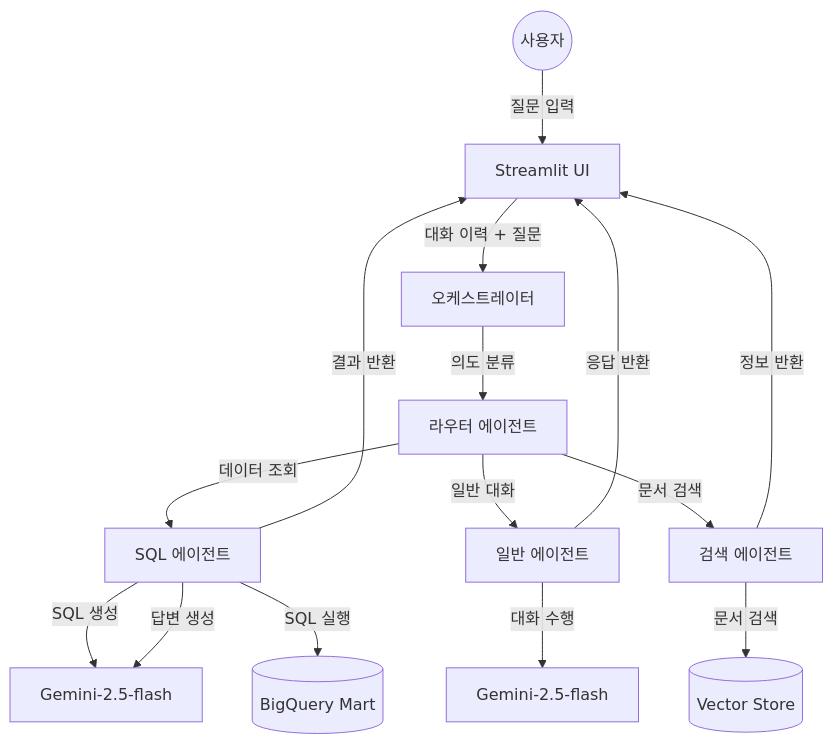
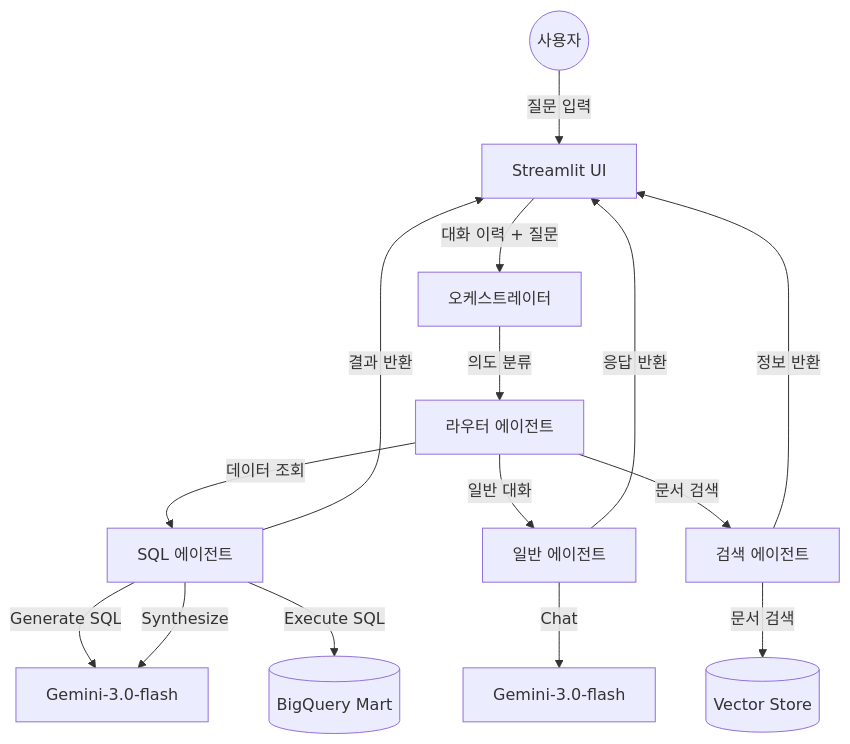
The diagram in SYSTEM_SPEC.md (jace-jungsoohan/ds_intelligent_assistant), drawn with Mermaid before and after one commit. The commit also changed other lines of this file and 6 other files, not shown here.

Commit message:
feat(model): upgrade to gemini-3.0-flash and update docs

````diff
--- a/SYSTEM_SPEC.md
+++ b/SYSTEM_SPEC.md
@@ -29,23 +29,23 @@
 ```mermaid
 graph TD
     User((사용자)) -->|질문 입력| UI[Streamlit UI]
     UI -->|대화 이력 + 질문| Orchestrator[오케스트레이터]
     
     Orchestrator -->|의도 분류| Router[라우터 에이전트]
     
     Router -->|데이터 조회| SQL[SQL 에이전트]
     Router -->|일반 대화| General[일반 에이전트]
     Router -->|문서 검색| Retrieval[검색 에이전트]
     
-    SQL -->|SQL 생성| LLM1[Gemini-2.5-flash]
-    SQL -->|SQL 실행| BQ[(BigQuery Mart)]
-    SQL -->|답변 생성| LLM1
+    SQL -->|Generate SQL| LLM1[Gemini-3.0-flash]
+    SQL -->|Execute SQL| BQ[(BigQuery Mart)]
+    SQL -->|Synthesize| LLM1
     
-    General -->|대화 수행| LLM2[Gemini-2.5-flash]
+    General -->|Chat| LLM2[Gemini-3.0-flash]
     
     Retrieval -->|문서 검색| VectorDB[(Vector Store)]
     
     SQL -->|결과 반환| UI
     General -->|응답 반환| UI
     Retrieval -->|정보 반환| UI
 ```
````
